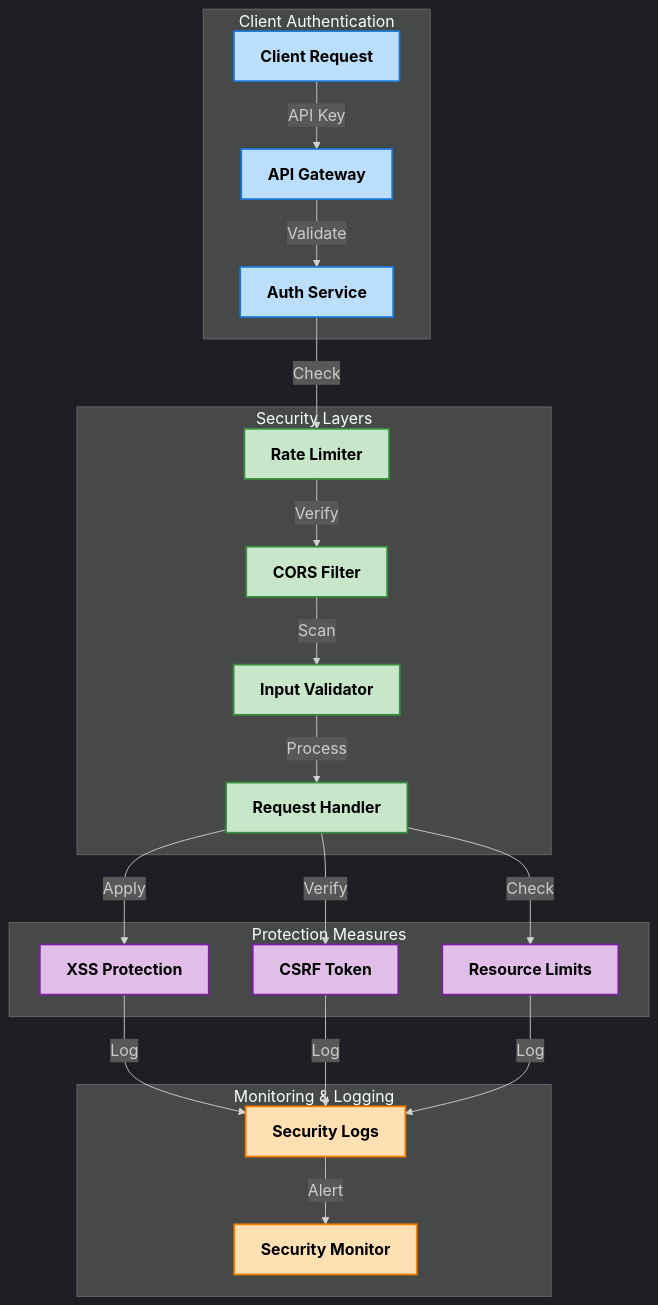
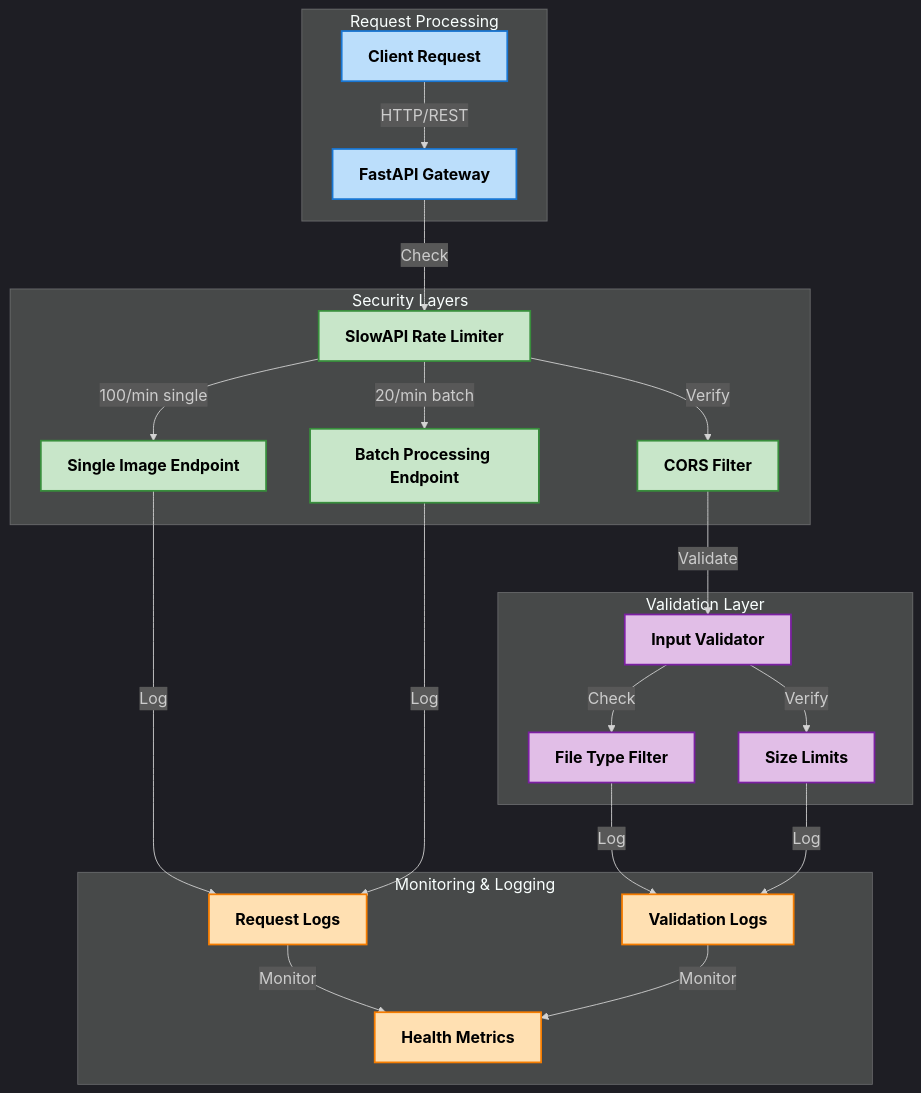
One commit to Dhruv0306/SymphonyProject1 changed the diagram in docs/images/Authentication & API Security Flow.mmd. Above: the diagram before and after it, drawn with Mermaid. The commit also changed 19 other files, not shown here.

Commit message:
Update: Documentations + Diagrams

```diff
--- a/docs/images/Authentication & API Security Flow.mmd
+++ b/docs/images/Authentication & API Security Flow.mmd
@@ -1,36 +1,36 @@
 %%{init: {'theme': 'dark', 'themeVariables': { 'fontFamily': 'arial', 'fontSize': '18px', 'fontWeight': 'bold'}}}%%
 graph TD
-    subgraph "Client Authentication"
+    subgraph "Request Processing"
         style A fill:#bbdefb,stroke:#1976d2,stroke-width:2px,color:#000000,font-weight:bold
         style B fill:#bbdefb,stroke:#1976d2,stroke-width:2px,color:#000000,font-weight:bold
-        style C fill:#bbdefb,stroke:#1976d2,stroke-width:2px,color:#000000,font-weight:bold
-        A[Client Request] -->|"API Key"| B[API Gateway]
-        B -->|"Validate"| C[Auth Service]
+        A[Client Request] -->|"HTTP/REST"| B[FastAPI Gateway]
     end
 
     subgraph "Security Layers"
+        style C fill:#c8e6c9,stroke:#388e3c,stroke-width:2px,color:#000000,font-weight:bold
         style D fill:#c8e6c9,stroke:#388e3c,stroke-width:2px,color:#000000,font-weight:bold
         style E fill:#c8e6c9,stroke:#388e3c,stroke-width:2px,color:#000000,font-weight:bold
         style F fill:#c8e6c9,stroke:#388e3c,stroke-width:2px,color:#000000,font-weight:bold
-        style G fill:#c8e6c9,stroke:#388e3c,stroke-width:2px,color:#000000,font-weight:bold
-        C -->|"Check"| D[Rate Limiter]
-        D -->|"Verify"| E[CORS Filter]
-        E -->|"Scan"| F[Input Validator]
-        F -->|"Process"| G[Request Handler]
+        B -->|"Check"| C[SlowAPI Rate Limiter]
+        C -->|"100/min single"| D[Single Image Endpoint]
+        C -->|"20/min batch"| E[Batch Processing Endpoint]
+        C -->|"Verify"| F[CORS Filter]
     end
 
-    subgraph "Protection Measures"
+    subgraph "Validation Layer"
+        style G fill:#e1bee7,stroke:#7b1fa2,stroke-width:2px,color:#000000,font-weight:bold
         style H fill:#e1bee7,stroke:#7b1fa2,stroke-width:2px,color:#000000,font-weight:bold
         style I fill:#e1bee7,stroke:#7b1fa2,stroke-width:2px,color:#000000,font-weight:bold
-        style J fill:#e1bee7,stroke:#7b1fa2,stroke-width:2px,color:#000000,font-weight:bold
-        G -->|"Apply"| H[XSS Protection]
-        G -->|"Verify"| I[CSRF Token]
-        G -->|"Check"| J[Resource Limits]
+        F -->|"Validate"| G[Input Validator]
+        G -->|"Check"| H[File Type Filter]
+        G -->|"Verify"| I[Size Limits]
     end
 
     subgraph "Monitoring & Logging"
+        style J fill:#ffe0b2,stroke:#f57c00,stroke-width:2px,color:#000000,font-weight:bold
         style K fill:#ffe0b2,stroke:#f57c00,stroke-width:2px,color:#000000,font-weight:bold
         style L fill:#ffe0b2,stroke:#f57c00,stroke-width:2px,color:#000000,font-weight:bold
-        H & I & J -->|"Log"| K[Security Logs]
-        K -->|"Alert"| L[Security Monitor]
+        D & E -->|"Log"| J[Request Logs]
+        H & I -->|"Log"| K[Validation Logs]
+        J & K -->|"Monitor"| L[Health Metrics]
     end 
```
